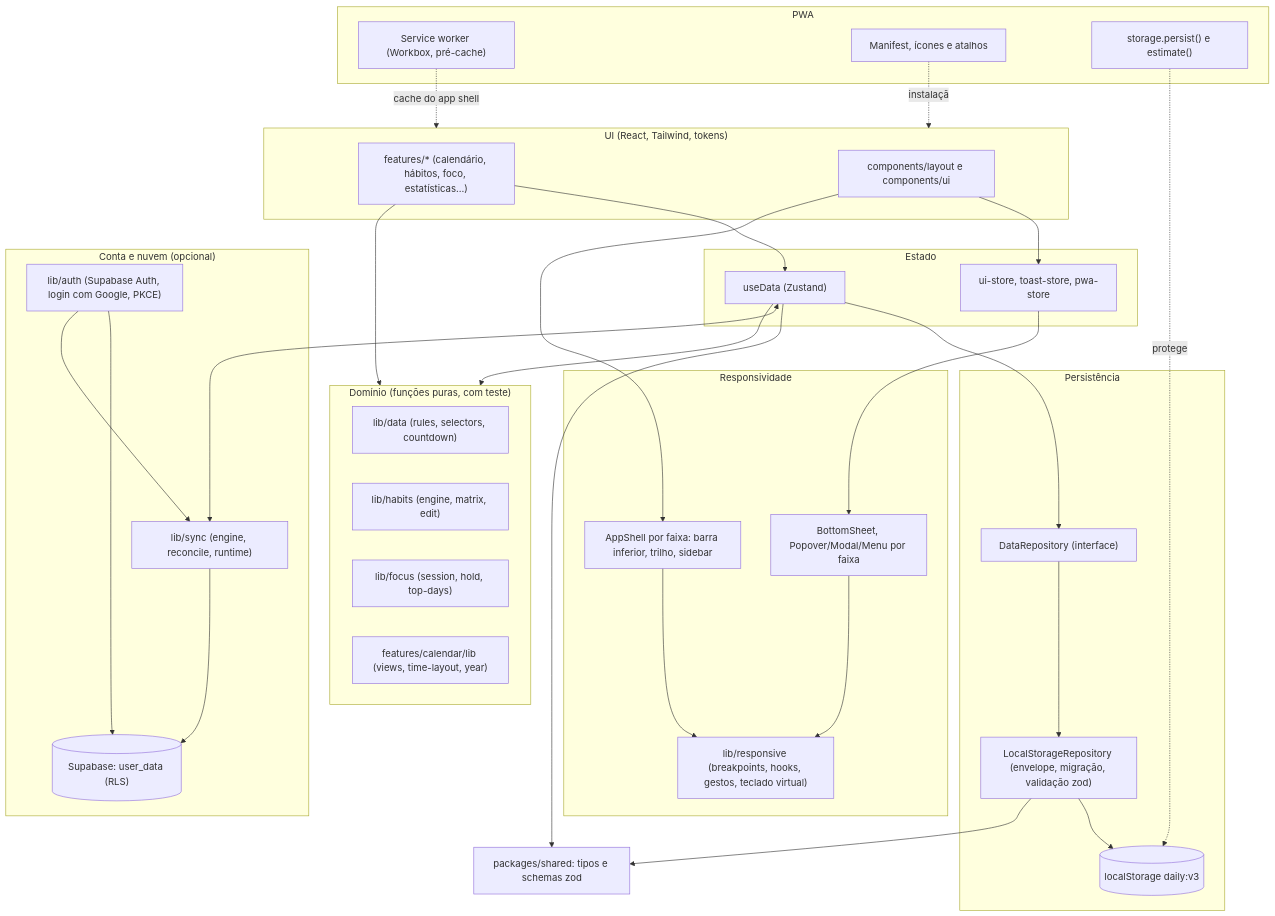
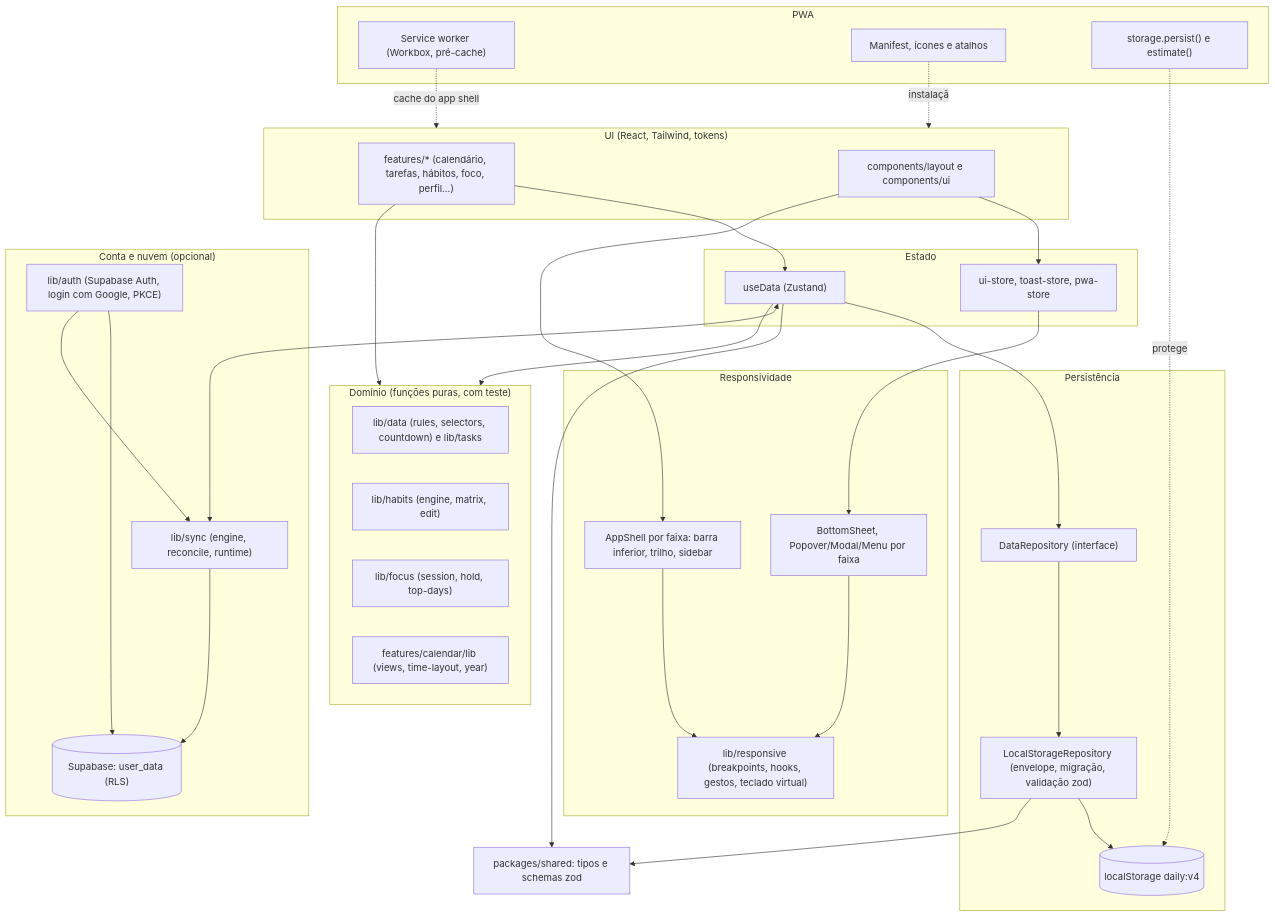
Before and after one commit to Mateus-Fonseca847/daily-study-planner: the diagram in docs/architecture.md, drawn with Mermaid. The commit also changed other lines of this file and 5 other files, not shown here.

First line of the commit message:
docs: modelo v4, migração e sincronização, paleta e tokens, Perfil e tarefas

````diff
--- a/docs/architecture.md
+++ b/docs/architecture.md
@@ -7,59 +7,59 @@
 ```mermaid
 flowchart TB
   subgraph UI["UI (React, Tailwind, tokens)"]
-    Pages["features/* (calendário, hábitos, foco, estatísticas…)"]
+    Pages["features/* (calendário, tarefas, hábitos, foco, perfil…)"]
     Layout["components/layout e components/ui"]
   end
   subgraph Domain["Domínio (funções puras, com teste)"]
-    Rules["lib/data (rules, selectors, countdown)"]
+    Rules["lib/data (rules, selectors, countdown) e lib/tasks"]
     Habits["lib/habits (engine, matrix, edit)"]
     Focus["lib/focus (session, hold, top-days)"]
     Cal["features/calendar/lib (views, time-layout, year)"]
   end
   subgraph Store["Estado"]
     Zustand["useData (Zustand)"]
     UiStore["ui-store, toast-store, pwa-store"]
   end
   subgraph Persistence["Persistência"]
     Repo["DataRepository (interface)"]
     LS["LocalStorageRepository (envelope, migração, validação zod)"]
-    Storage[("localStorage daily:v3")]
+    Storage[("localStorage daily:v4")]
   end
   subgraph Cloud["Conta e nuvem (opcional)"]
     Auth["lib/auth (Supabase Auth, login com Google, PKCE)"]
     Sync["lib/sync (engine, reconcile, runtime)"]
     Supa[("Supabase: user_data (RLS)")]
   end
   subgraph Resp["Responsividade"]
     Bp["lib/responsive (breakpoints, hooks, gestos, teclado virtual)"]
     Sheets["BottomSheet, Popover/Modal/Menu por faixa"]
     Shell["AppShell por faixa: barra inferior, trilho, sidebar"]
   end
   subgraph PWA["PWA"]
     SW["Service worker (Workbox, pré-cache)"]
     Manifest["Manifest, ícones e atalhos"]
     Persist["storage.persist() e estimate()"]
   end
   Shared["packages/shared: tipos e schemas zod"]
 
   Pages --> Zustand
   Layout --> UiStore
   Pages --> Domain
   Zustand --> Domain
   Zustand --> Repo
   Repo --> LS
   LS --> Storage
   LS --> Shared
   Zustand --> Shared
   Zustand <--> Sync
   Sync --> Supa
   Auth --> Supa
   Auth --> Sync
   Layout --> Shell
   Shell --> Bp
   Sheets --> Bp
   UiStore --> Sheets
   SW -.cache do app shell.-> UI
   Persist -.protege.-> Storage
   Manifest -.instalação.-> UI
 ```
````
